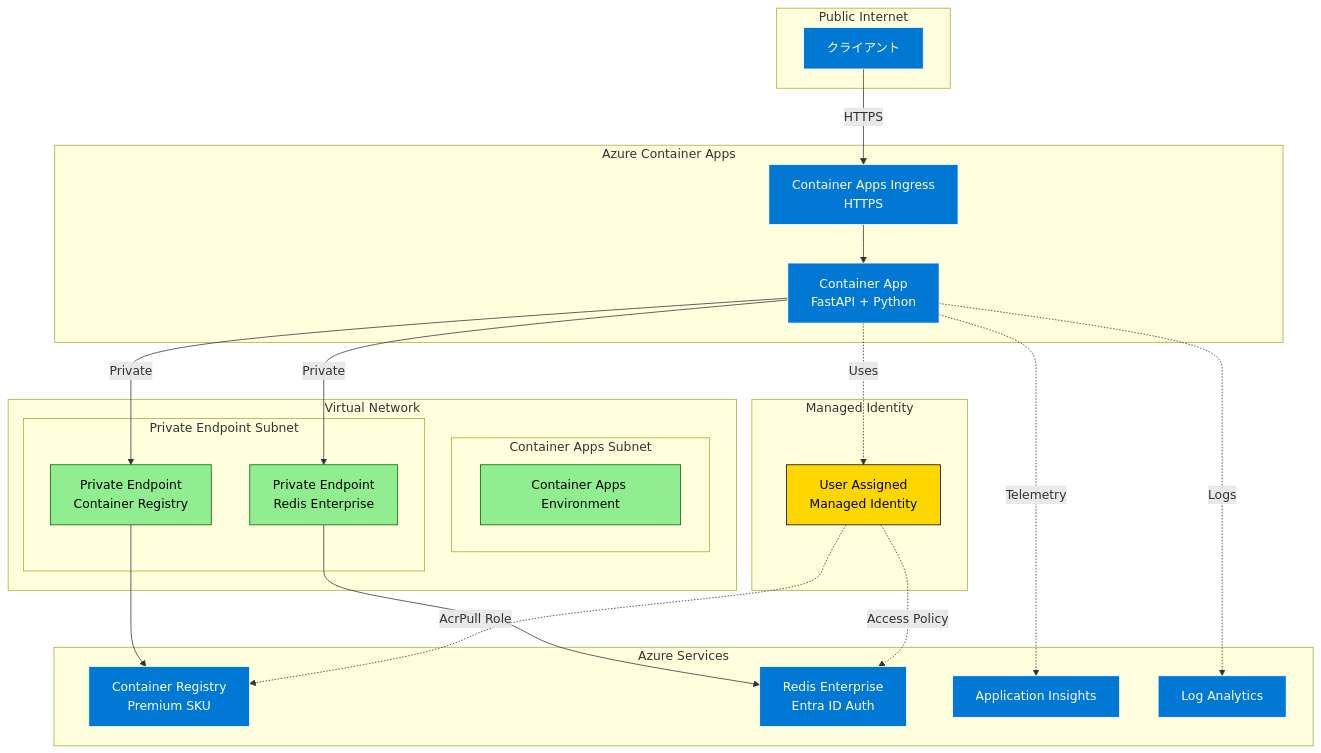
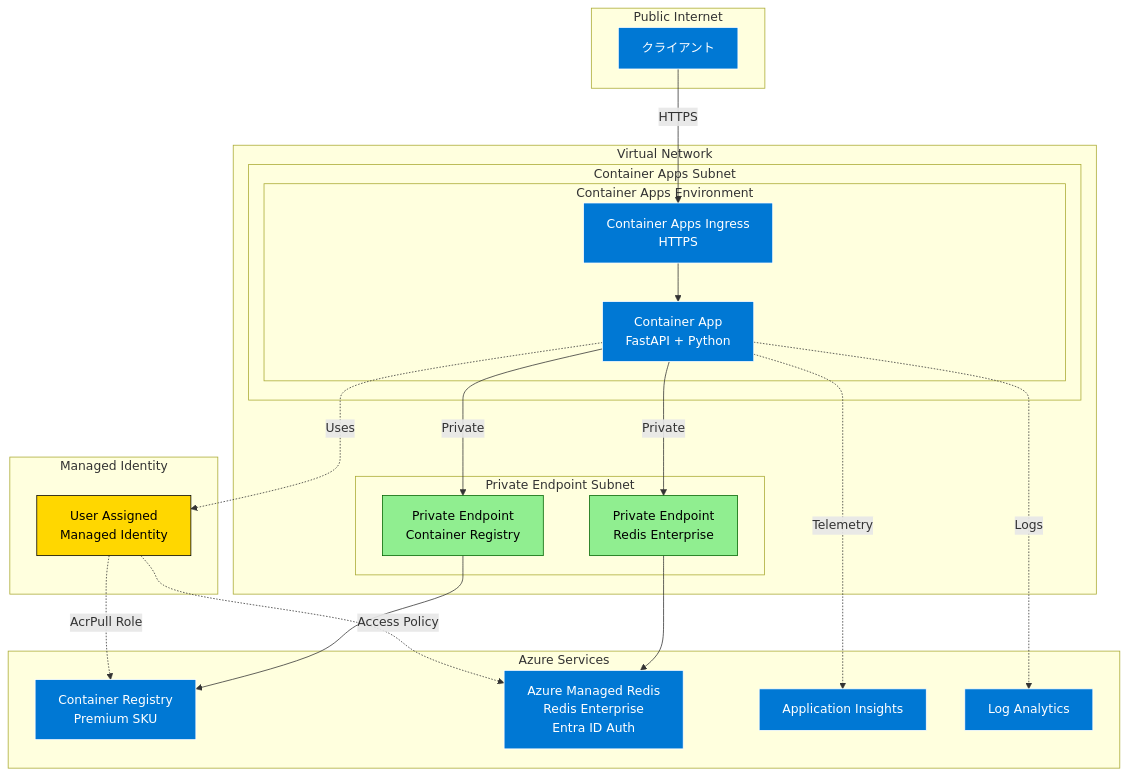
Before and after one commit to torumakabe/aca-chaos-lab: the diagram in README.md, drawn with Mermaid. The commit also changed other lines of this file and 77 other files, not shown here.

````diff
--- a/README.md
+++ b/README.md
@@ -17,54 +17,52 @@
 ```mermaid
 graph TB
     subgraph "Public Internet"
         Internet[クライアント]
     end
     
-    subgraph "Azure Container Apps"
-        Ingress[Container Apps Ingress<br/>HTTPS]
-        CA[Container App<br/>FastAPI + Python]
-    end
-    
     subgraph "Virtual Network"
         subgraph "Container Apps Subnet"
-            CAEnv[Container Apps Environment]
+            subgraph "Container Apps Environment"
+                Ingress[Container Apps Ingress<br/>HTTPS]
+                CA[Container App<br/>FastAPI + Python]
+            end
         end
         
         subgraph "Private Endpoint Subnet"
             PERC[Private Endpoint<br/>Container Registry]
             PER[Private Endpoint<br/>Redis Enterprise]
         end
     end
     
     subgraph "Managed Identity"
         MI[User Assigned<br/>Managed Identity]
     end
     
     subgraph "Azure Services"
         ACR[Container Registry<br/>Premium SKU]
-        Redis[Redis Enterprise<br/>Entra ID Auth]
+        Redis["Azure Managed Redis<br/>Redis Enterprise<br/>Entra ID Auth"]
         AI[Application Insights]
         LA[Log Analytics]
     end
     
     Internet -->|HTTPS| Ingress
     Ingress --> CA
     CA -.->|Telemetry| AI
     CA -.->|Logs| LA
     CA -->|Private| PER
     CA -->|Private| PERC
     PER --> Redis
     PERC --> ACR
     
     MI -.->|Access Policy| Redis
     MI -.->|AcrPull Role| ACR
     CA -.->|Uses| MI
     
     classDef azure fill:#0078D4,stroke:#fff,color:#fff
     classDef network fill:#90EE90,stroke:#006400,color:#000
     classDef identity fill:#FFD700,stroke:#000,color:#000
     
     class Internet,Ingress,CA,ACR,Redis,AI,LA azure
-    class CAEnv,PERC,PER network
+    class PERC,PER network
     class MI identity
 ```
````
